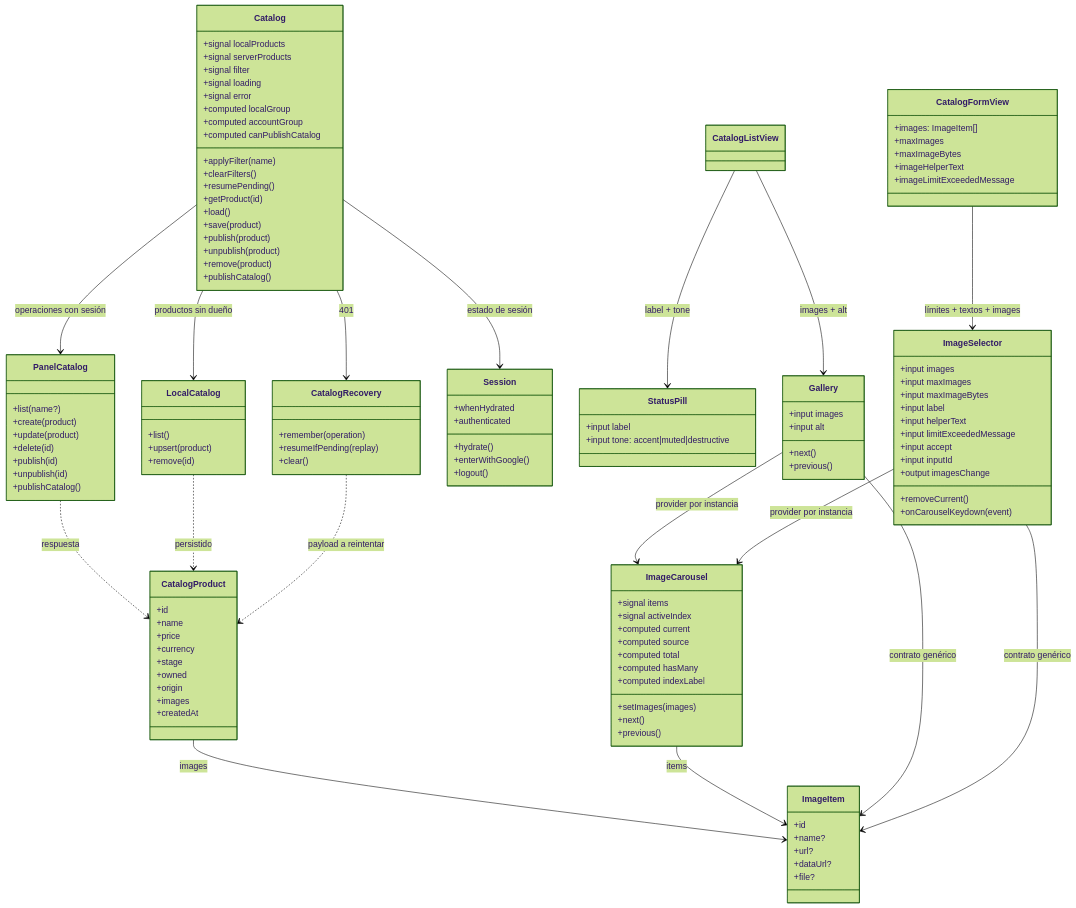
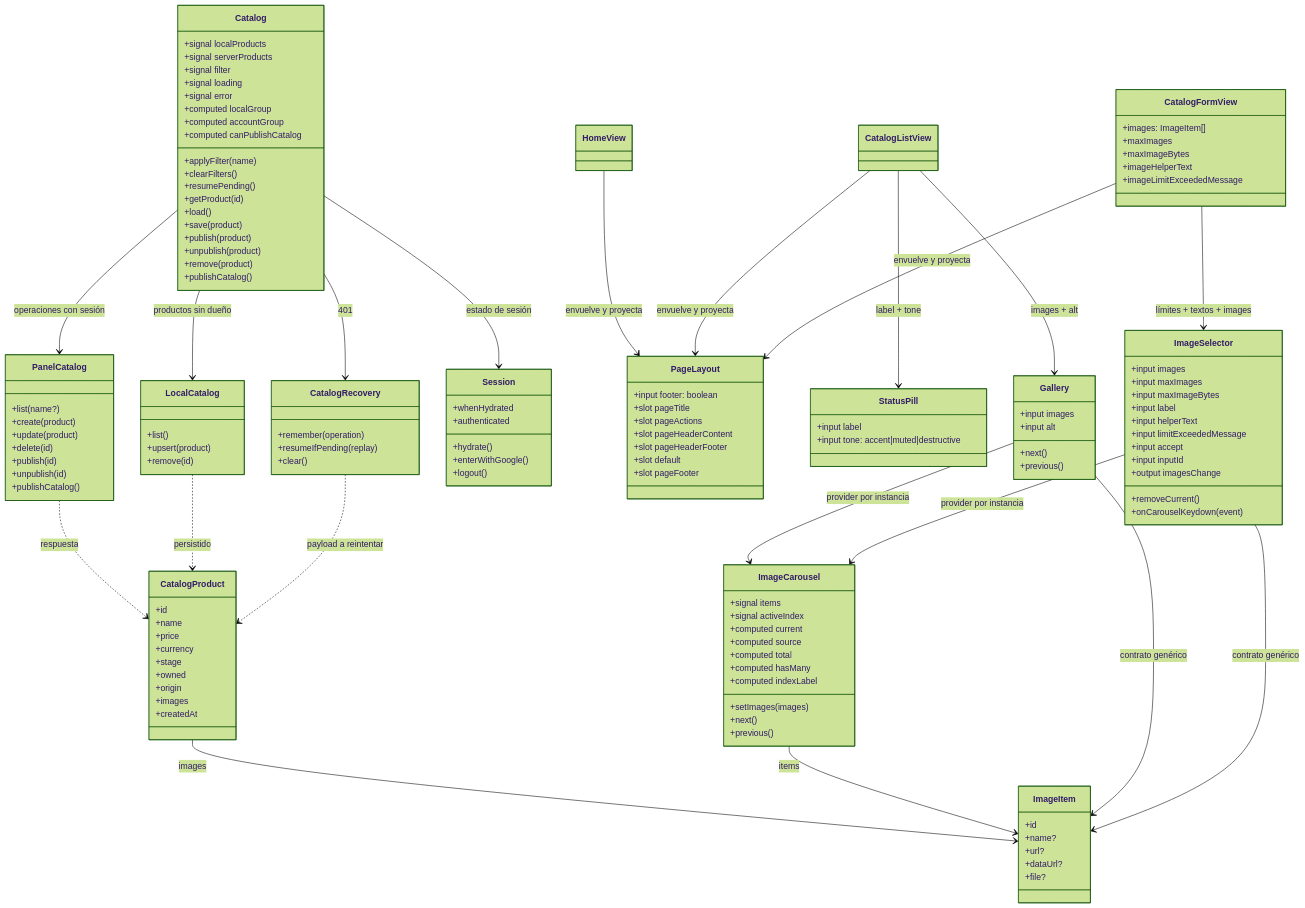
The ninth of 10 diagrams in specs/002-panel-catalog-management/uml.md (Dariosoft/fes-panel-web), drawn with Mermaid (forest theme) before and after one commit. The commit also changed other lines of this file and 15 other files, not shown here.

Commit message:
Improve navigation and abstract layout page

```diff
--- a/specs/002-panel-catalog-management/uml.md
+++ b/specs/002-panel-catalog-management/uml.md
@@ -443,6 +468,16 @@
     +logout()
   }
   class CatalogListView
+  class HomeView
+  class PageLayout {
+    +input footer: boolean
+    +slot pageTitle
+    +slot pageActions
+    +slot pageHeaderContent
+    +slot pageHeaderFooter
+    +slot default
+    +slot pageFooter
+  }
   class CatalogFormView {
     +images: ImageItem[]
     +maxImages
@@ -511,6 +546,9 @@
   LocalCatalog ..> CatalogProduct : persistido
   CatalogRecovery ..> CatalogProduct : payload a reintentar
   CatalogProduct --> ImageItem : images
+  HomeView --> PageLayout : envuelve y proyecta
+  CatalogListView --> PageLayout : envuelve y proyecta
+  CatalogFormView --> PageLayout : envuelve y proyecta
   CatalogListView --> StatusPill : label + tone
   CatalogListView --> Gallery : images + alt
   CatalogFormView --> ImageSelector : límites + textos + images
```
